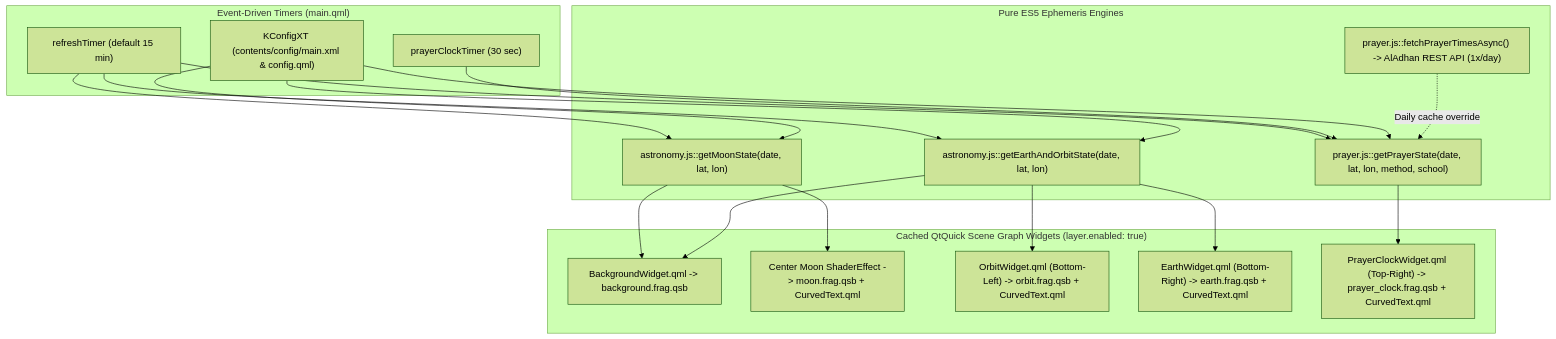
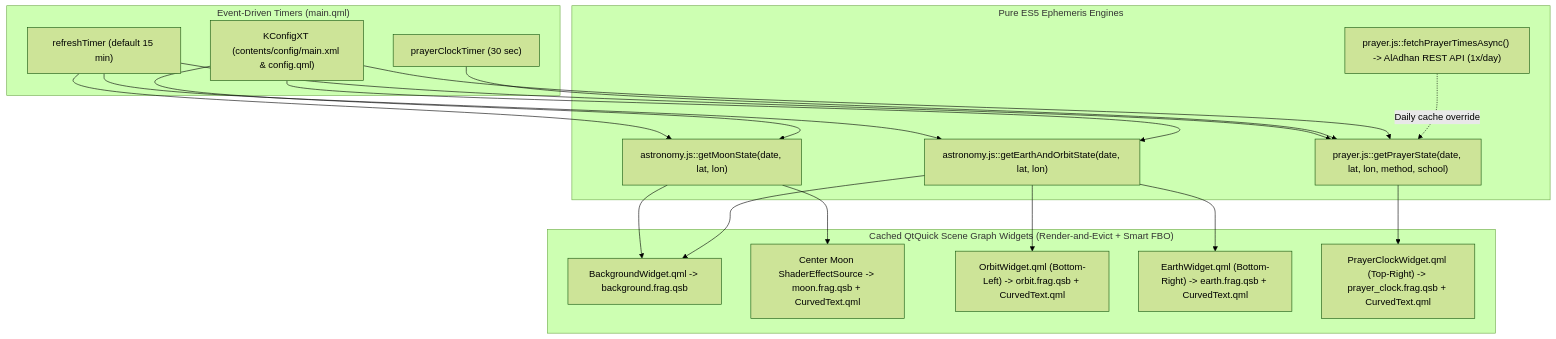
Before and after one commit to hadealahmad/kde-moonphase-wallpaper: the diagram in README.md, drawn with Mermaid (forest theme). The commit also changed other lines of this file and 17 other files, not shown here.

Commit message:
perf: channel-pack Moon/Earth textures, right-size Earth to 1K, and add Render-and-Evict VRAM caching

````diff
--- a/README.md
+++ b/README.md
@@ -149,39 +149,39 @@
 ```mermaid
 graph TD
     subgraph Timers["Event-Driven Timers (main.qml)"]
         T15["refreshTimer (default 15 min)"]
         T30["prayerClockTimer (30 sec)"]
         CFG["KConfigXT (contents/config/main.xml & config.qml)"]
     end
 
     subgraph Ephemeris["Pure ES5 Ephemeris Engines"]
         AST["astronomy.js::getMoonState(date, lat, lon)"]
         ORB["astronomy.js::getEarthAndOrbitState(date, lat, lon)"]
         PRY["prayer.js::getPrayerState(date, lat, lon, method, school)"]
         API["prayer.js::fetchPrayerTimesAsync() -> AlAdhan REST API (1x/day)"]
     end
 
-    subgraph Widgets["Cached QtQuick Scene Graph Widgets (layer.enabled: true)"]
+    subgraph Widgets["Cached QtQuick Scene Graph Widgets (Render-and-Evict + Smart FBO)"]
         BG["BackgroundWidget.qml -> background.frag.qsb"]
-        MN["Center Moon ShaderEffect -> moon.frag.qsb + CurvedText.qml"]
+        MN["Center Moon ShaderEffectSource -> moon.frag.qsb + CurvedText.qml"]
         OR["OrbitWidget.qml (Bottom-Left) -> orbit.frag.qsb + CurvedText.qml"]
         EA["EarthWidget.qml (Bottom-Right) -> earth.frag.qsb + CurvedText.qml"]
         PC["PrayerClockWidget.qml (Top-Right) -> prayer_clock.frag.qsb + CurvedText.qml"]
     end
 
     T15 --> AST
     T15 --> ORB
     T15 --> PRY
     T30 --> PRY
     CFG --> AST
     CFG --> ORB
     CFG --> PRY
     API -. "Daily cache override" .-> PRY
 
     AST --> BG
     ORB --> BG
     AST --> MN
     ORB --> OR
     ORB --> EA
     PRY --> PC
 ```
````
